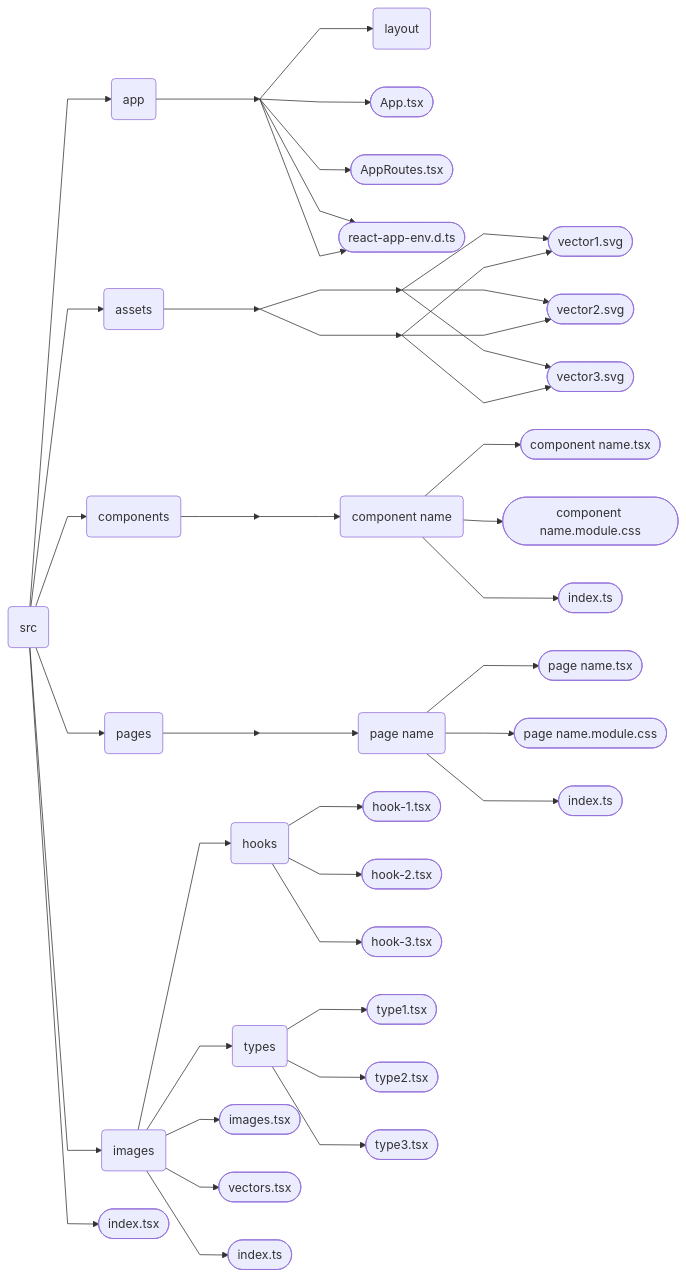
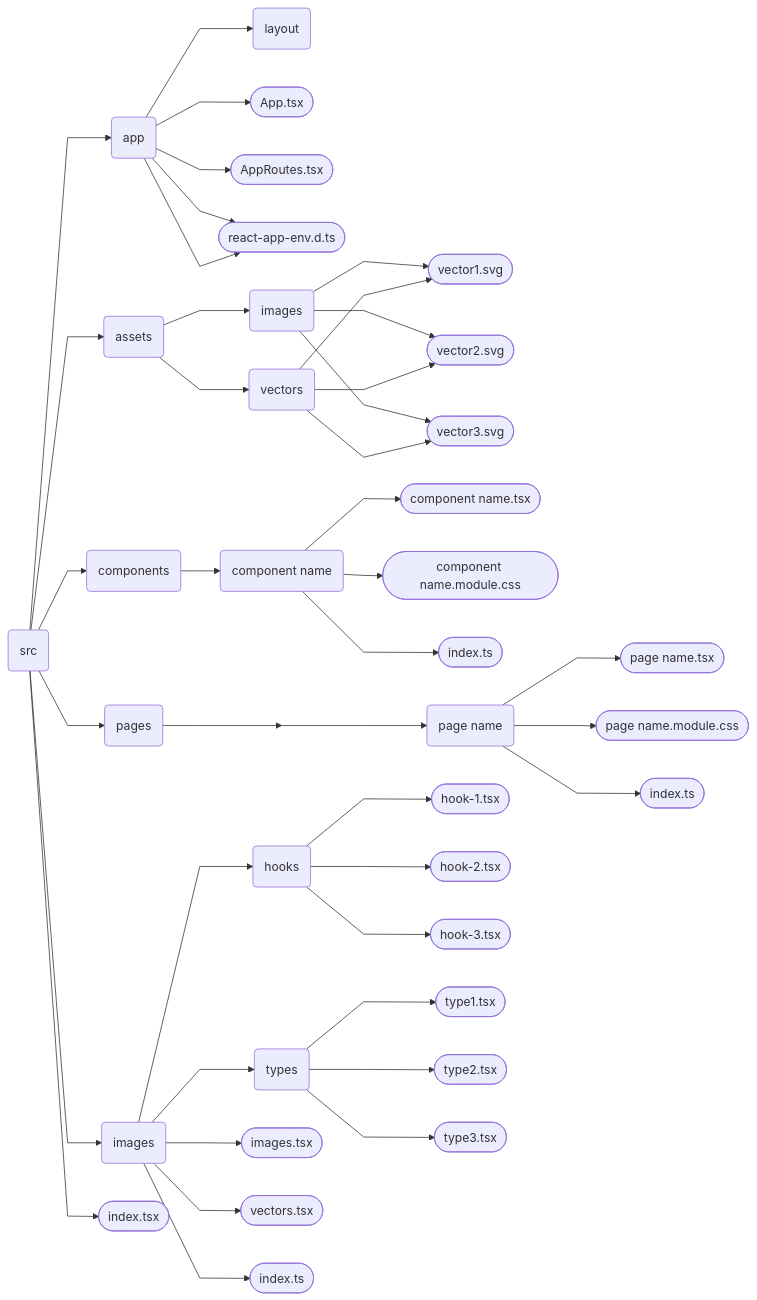
One commit to TereshonokMaksim/Unmanned-Project_FRONT changed the diagram in README.md. Above: the diagram before and after it, drawn with Mermaid.

Commit message:
README preview testing

````diff
--- a/README.md
+++ b/README.md
@@ -106,69 +106,64 @@
 ```mermaid
 %%{ init : { "theme" : "default", "flowchart" : { "curve" : "linear" } }}%%
 
 flowchart LR
 
     A(src) --> L(app)
     A(src) --> K(assets)
     A(src) --> J(components)
     A(src) --> I(pages)
     A(src) --> H(shared)
     A(src) --> G([index.tsx])
 
 
-    LA(app dummy):::hidden --> DB(layout)
-    LA(app dummy):::hidden --> DC([App.tsx])
-    LA(app dummy):::hidden --> DD([AppRoutes.tsx])
-    LA(app dummy):::hidden --> DE([index.ts])
-    LA(app dummy):::hidden --> DE([react-app-env.d.ts])
-
-    L --> LA
-
-    KA(assets dummy):::hidden --> KB(images)
-    KA(assets dummy):::hidden --> KC(vectors)
-
-    KB(images):::hidden --> KDB([image1.png])
-    KB(images):::hidden --> KDC([image2.png])
-    KB(images):::hidden --> KDD([image3.png])
-
-    KC(vectors):::hidden --> KDB([vector1.svg])
-    KC(vectors):::hidden --> KDC([vector2.svg])
-    KC(vectors):::hidden --> KDD([vector3.svg])
+    L(app) --> DB(layout)
+    L(app) --> DC([App.tsx])
+    L(app) --> DD([AppRoutes.tsx])
+    L(app) --> DE([index.ts])
+    L(app) --> DE([react-app-env.d.ts])
 
 
-    K --> KA
+    K(assets) --> KB(images)
+    K(assets) --> KC(vectors)
+
+    KB(images) --> KDB([image1.png])
+    KB(images) --> KDC([image2.png])
+    KB(images) --> KDD([image3.png])
+
+    KC(vectors) --> KDB([vector1.svg])
+    KC(vectors) --> KDC([vector2.svg])
+    KC(vectors) --> KDD([vector3.svg])
 
 
-    JA(components dummy):::hidden --> JB(component name)
+    J(components) --> JB(component name)
 
     JB(component name) --> JBA([component name.tsx])
     JB(component name) --> JBB([component name.module.css])
     JB(component name) --> JBC([index.ts])
 
-    J --> JA
 
     IA(pages dummy):::hidden --> IB(page name)
 
     IB(page name) --> IBA([page name.tsx])
     IB(page name) --> IBB([page name.module.css])
     IB(page name) --> IBC([index.ts])
 
     I --> IA
 
     H(images) --> HB(hooks)
     H(images) --> HC(types)
     H(images) --> HD([images.tsx])
     H(images) --> HE([vectors.tsx])
     H(images) --> HF([index.ts])
 
     HB(hooks) --> HBB([hook-1.tsx])
     HB(hooks) --> HBC([hook-2.tsx])
     HB(hooks) --> HBD([hook-3.tsx])
 
     HC(types) --> HCB([type1.tsx])
     HC(types) --> HCC([type2.tsx])
     HC(types) --> HCD([type3.tsx])
 
 
     classDef hidden display: none
 ```
````
